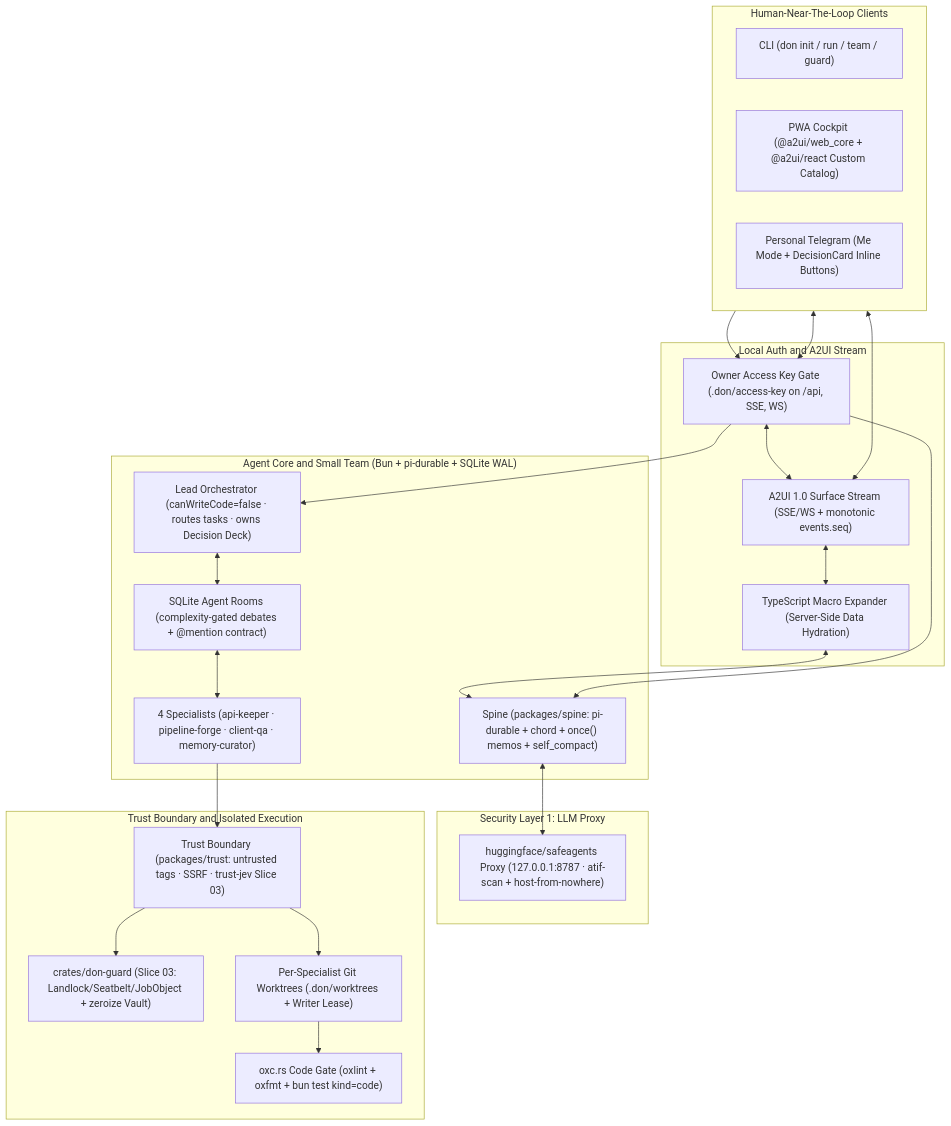
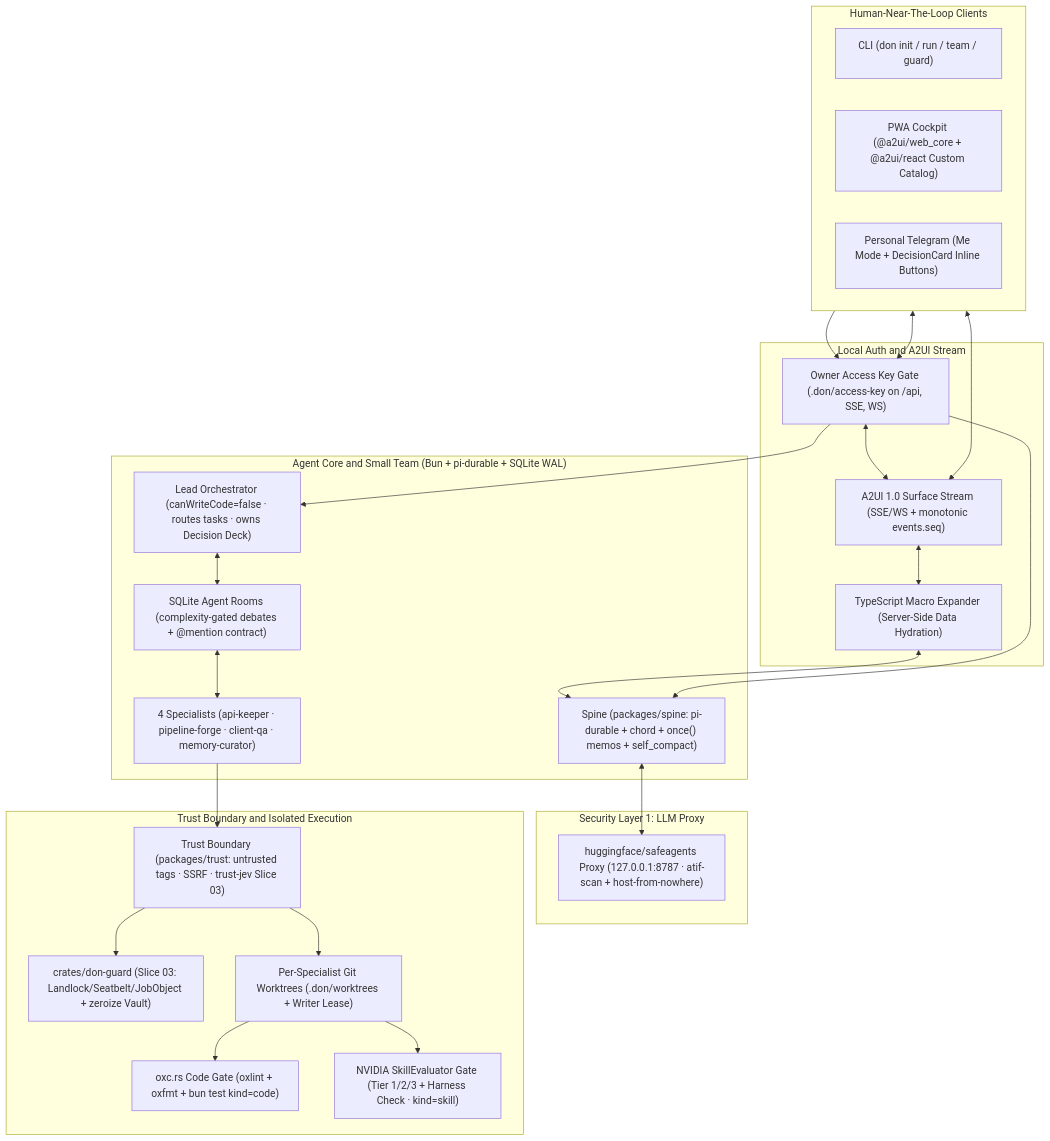
One commit to aegntic/don-bot changed the diagram in SPEC.md. Above: the diagram before and after it, drawn with Mermaid. The commit also changed other lines of this file and 18 other files, not shown here.

Commit message:
feat(trust,team,cli): NVIDIA SkillEvaluator gate, quarantine, and Chaos Test 7

````diff
--- a/SPEC.md
+++ b/SPEC.md
@@ -36,49 +37,51 @@
 ```mermaid
 flowchart TD
   subgraph Clients["Human-Near-The-Loop Clients"]
     direction LR
     CLI["CLI (don init / run / team / guard)"]
     PWA["PWA Cockpit (@a2ui/web_core + @a2ui/react Custom Catalog)"]
     TG["Personal Telegram (Me Mode + DecisionCard Inline Buttons)"]
   end
 
   subgraph EdgeAuth["Local Auth and A2UI Stream"]
     AccessKey["Owner Access Key Gate (.don/access-key on /api, SSE, WS)"]
     A2UIStream["A2UI 1.0 Surface Stream (SSE/WS + monotonic events.seq)"]
     MacroExpander["TypeScript Macro Expander (Server-Side Data Hydration)"]
   end
 
   subgraph LLMProxy["Security Layer 1: LLM Proxy"]
     SafeAgents["huggingface/safeagents Proxy (127.0.0.1:8787 · atif-scan + host-from-nowhere)"]
   end
 
   subgraph Core["Agent Core and Small Team (Bun + pi-durable + SQLite WAL)"]
     Spine["Spine (packages/spine: pi-durable + chord + once() memos + self_compact)"]
     Lead["Lead Orchestrator (canWriteCode=false · routes tasks · owns Decision Deck)"]
     Rooms["SQLite Agent Rooms (complexity-gated debates + @mention contract)"]
     Specialists["4 Specialists (api-keeper · pipeline-forge · client-qa · memory-curator)"]
   end
 
   subgraph GuardAndExec["Trust Boundary and Isolated Execution"]
     Trust["Trust Boundary (packages/trust: untrusted tags · SSRF · trust-jev Slice 03)"]
     RustGuard["crates/don-guard (Slice 03: Landlock/Seatbelt/JobObject + zeroize Vault)"]
     Worktrees["Per-Specialist Git Worktrees (.don/worktrees + Writer Lease)"]
     OxcGate["oxc.rs Code Gate (oxlint + oxfmt + bun test kind=code)"]
+    SkillGate["NVIDIA SkillEvaluator Gate (Tier 1/2/3 + Harness Check · kind=skill)"]
   end
 
   CLI --> AccessKey
   PWA <--> A2UIStream
   TG <--> AccessKey
   AccessKey <--> A2UIStream
   A2UIStream <--> MacroExpander
   MacroExpander <--> Spine
   AccessKey --> Lead
   AccessKey --> Spine
   Spine <--> SafeAgents
   Lead <--> Rooms
   Rooms <--> Specialists
   Specialists --> Trust
   Trust --> RustGuard
   Trust --> Worktrees
   Worktrees --> OxcGate
+  Worktrees --> SkillGate
 ```
````
